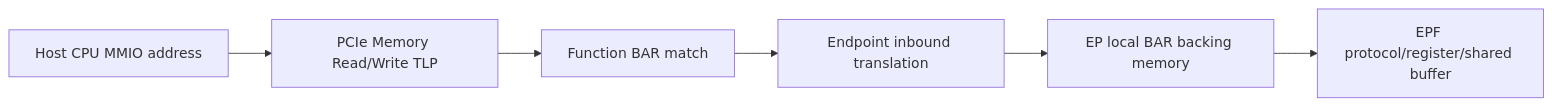
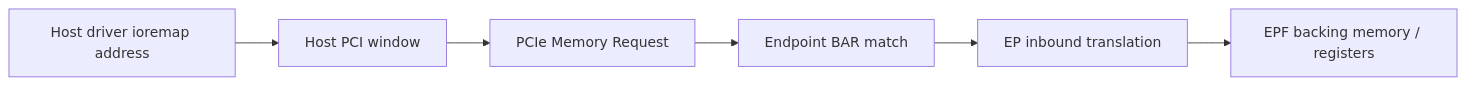
Before and after one commit to cdragon-ljl/EEandEdgeAI: the second of 4 diagrams in docs/articles/pcie/pci-16-linux-pci-endpoint-framework.md, drawn with Mermaid. The commit also changed other lines of this file and 4 other files, not shown here.

````diff
--- a/docs/articles/pcie/pci-16-linux-pci-endpoint-framework.md
+++ b/docs/articles/pcie/pci-16-linux-pci-endpoint-framework.md
@@ -147,8 +107,8 @@
 ```mermaid
 flowchart LR
-    HOST[Host CPU MMIO address] --> TLP[PCIe Memory Read/Write TLP]
-    TLP --> BAR[Function BAR match]
-    BAR --> IB[Endpoint inbound translation]
-    IB --> LOCAL[EP local BAR backing memory]
-    LOCAL --> FUNC[EPF protocol/register/shared buffer]
+    HOSTVA[Host driver ioremap address] --> HOSTPA[Host PCI window]
+    HOSTPA --> TLP[PCIe Memory Request]
+    TLP --> BAR[Endpoint BAR match]
+    BAR --> IN[EP inbound translation]
+    IN --> BACK[EPF backing memory / registers]
 ```
````
